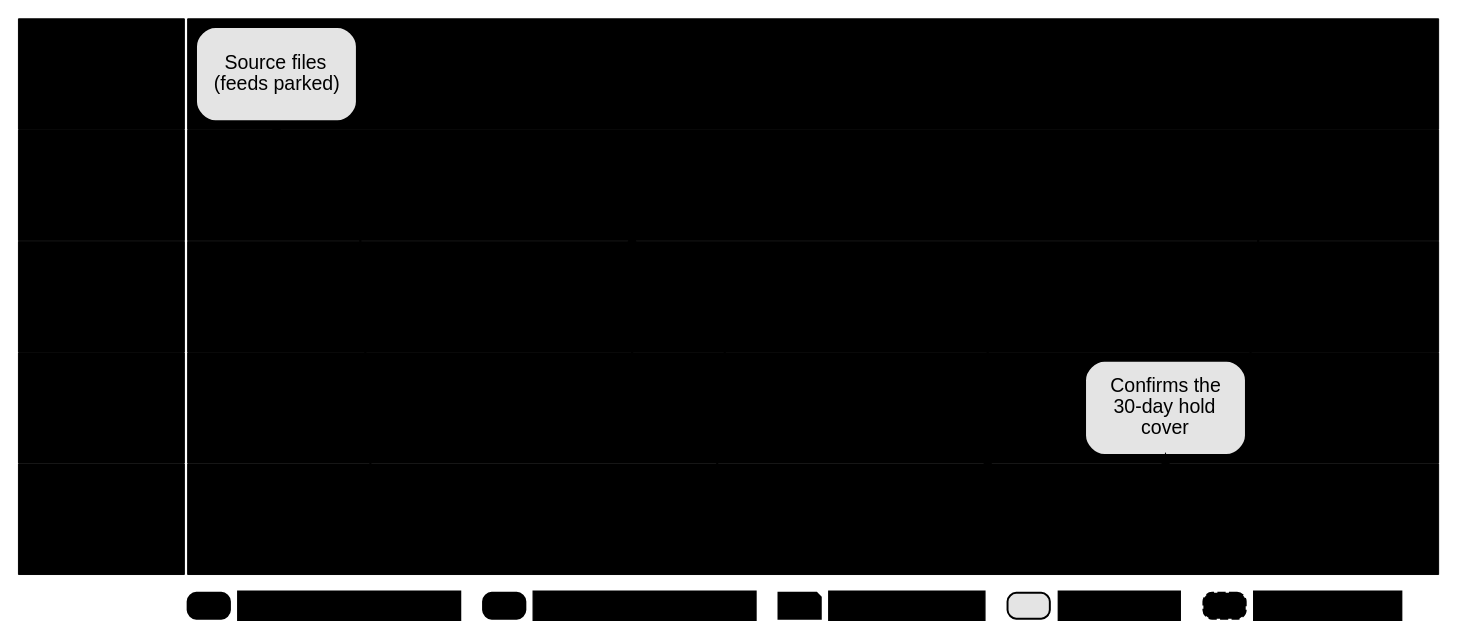
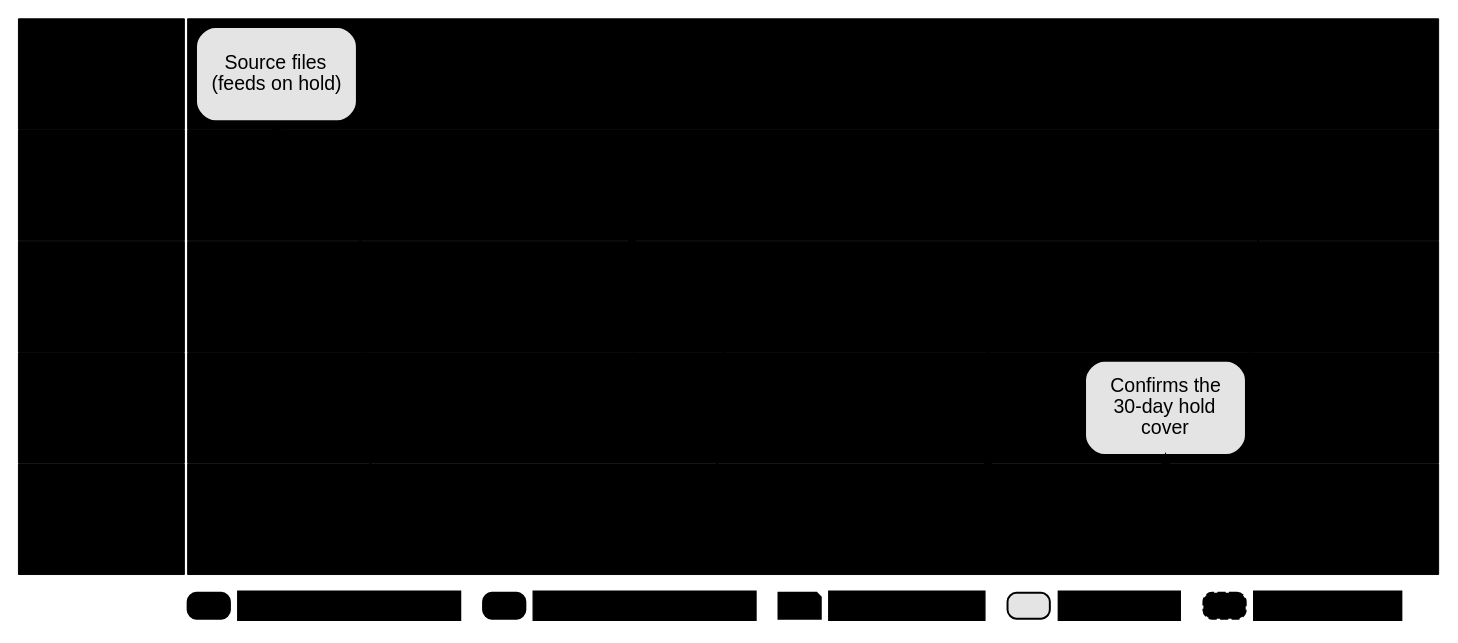
Before and after one commit to IortaTexhNXT-DEV/FinVerse: the diagram in docs/deliverables/src/decks/figures/brd12_envisioned.dot, drawn with Graphviz. The commit also changed 25 other files, not shown here.

Commit message:
Use 'on hold' instead of 'parked' in client documents and rebuild the change register, discrepancy register and process deck

```diff
--- a/docs/deliverables/src/decks/figures/brd12_envisioned.dot
+++ b/docs/deliverables/src/decks/figures/brd12_envisioned.dot
@@ -1,52 +1,52 @@
 // BRD-12 Submitted Policies: envisioned swimlane in BIBS. Submitted Policies in BIBS: workflow SBM_POLICY and the Renewal hand-off (FRS BRD-12 section 2.2; decision D2)
 // Generated by docs/deliverables/src/decks/build_process_deck.py from the YAML in
 // process_deck/; edit the YAML and rebuild. Colour tokens are replaced at render time.
 digraph brd12_envisioned {
   graph [layout=neato, inputscale=72, splines=line, overlap=true, outputorder=nodesfirst, bgcolor="white", pad=0.05, fontname="Arial"];
   node [fontname="Arial"];
   edge [fontname="Arial"];
   c0 [pos="0,0!", shape=point, width=0.01, style=invis];
   c1 [pos="873.0,372.0!", shape=point, width=0.01, style=invis];
   r1 [pos="488.5,337.8!", shape=box, style="filled", fillcolor="@DIRTY_WHITE", color="@BORDER", penwidth=0.6, width=10.681, height=0.950, fixedsize=true, margin="0.03,0.02", label=""];
   r2 [pos="51.0,337.8!", shape=box, style="filled", fillcolor="@MUTED", color="@WHITE", penwidth=0.6, width=1.417, height=0.950, fixedsize=true, margin="0.03,0.02", label=<<font point-size="11.5" color="@WHITE"><b>Bank units:<br/>LFS, CIU, HLS,<br/>LAMD</b></font>>];
   r3 [pos="488.5,269.4!", shape=box, style="filled", fillcolor="@WHITE", color="@BORDER", penwidth=0.6, width=10.681, height=0.950, fixedsize=true, margin="0.03,0.02", label=""];
   r4 [pos="51.0,269.4!", shape=box, style="filled", fillcolor="@HEADER_BLUE", color="@WHITE", penwidth=0.6, width=1.417, height=0.950, fixedsize=true, margin="0.03,0.02", label=<<font point-size="11.5" color="@WHITE"><b>Handlers (CBG)</b></font>>];
   r5 [pos="488.5,201.0!", shape=box, style="filled", fillcolor="@WHITE", color="@BORDER", penwidth=0.6, width=10.681, height=0.950, fixedsize=true, margin="0.03,0.02", label=""];
   r6 [pos="51.0,201.0!", shape=box, style="filled", fillcolor="@HEADER_BLUE", color="@WHITE", penwidth=0.6, width=1.417, height=0.950, fixedsize=true, margin="0.03,0.02", label=<<font point-size="11.5" color="@WHITE"><b>Policy<br/>Reviewer, AO,<br/>TSU</b></font>>];
   r7 [pos="488.5,132.6!", shape=box, style="filled", fillcolor="@DIRTY_WHITE", color="@BORDER", penwidth=0.6, width=10.681, height=0.950, fixedsize=true, margin="0.03,0.02", label=""];
   r8 [pos="51.0,132.6!", shape=box, style="filled", fillcolor="@MUTED", color="@WHITE", penwidth=0.6, width=1.417, height=0.950, fixedsize=true, margin="0.03,0.02", label=<<font point-size="11.5" color="@WHITE"><b>Insurers</b></font>>];
   r9 [pos="488.5,64.2!", shape=box, style="filled", fillcolor="@BG_BLUE", color="@BORDER", penwidth=0.6, width=10.681, height=0.950, fixedsize=true, margin="0.03,0.02", label=""];
   r10 [pos="51.0,64.2!", shape=box, style="filled", fillcolor="@CTA_BLUE", color="@WHITE", penwidth=0.6, width=1.417, height=0.950, fixedsize=true, margin="0.03,0.02", label=<<font point-size="11.5" color="@WHITE"><b>BIBS<br/>(automatic)</b></font>>];
-  b1 [pos="158.6,337.8!", shape=box, style="rounded,filled", fillcolor="#E4E4E4", color="@MUTED", penwidth=1.3, width=1.379, height=0.811, fixedsize=true, margin="0.03,0.02", label=<<font point-size="12" color="@NEAR_BLACK">Source files<br/>(feeds parked)</font>>];
+  b1 [pos="158.6,337.8!", shape=box, style="rounded,filled", fillcolor="#E4E4E4", color="@MUTED", penwidth=1.3, width=1.379, height=0.811, fixedsize=true, margin="0.03,0.02", label=<<font point-size="12" color="@NEAR_BLACK">Source files<br/>(feeds on hold)</font>>];
   b2 [pos="158.6,269.4!", shape=box, style="rounded,filled", fillcolor="@BG_BLUE", color="@CTA_BLUE", penwidth=1.3, width=1.379, height=0.811, fixedsize=true, margin="0.03,0.02", label=<<font point-size="11.0" color="@NEAR_BLACK">Upload;<br/>extracted fields<br/>confirmed</font>>];
   b3 [pos="267.9,64.2!", shape=box, style="rounded,filled", fillcolor="@CTA_BLUE", color="@CTA_BLUE", penwidth=1.3, width=1.379, height=0.811, fixedsize=true, margin="0.03,0.02", label=<<font point-size="12" color="@WHITE"><b>One<br/>masterlist<br/>with history</b></font>>];
   b4 [pos="377.2,64.2!", shape=box, style="rounded,filled", fillcolor="@CTA_BLUE", color="@CTA_BLUE", penwidth=1.3, width=1.379, height=0.811, fixedsize=true, margin="0.03,0.02", label=<<font point-size="12" color="@WHITE"><b>Sanitise,<br/>match,<br/>classify</b></font>>];
   b5 [pos="377.2,269.4!", shape=box, style="rounded,filled", fillcolor="@BG_BLUE", color="@CTA_BLUE", penwidth=1.3, width=1.379, height=0.811, fixedsize=true, margin="0.03,0.02", label=<<font point-size="12" color="@NEAR_BLACK">Fallout<br/>resolved with<br/>reason codes</font>>];
   b6 [pos="486.5,201.0!", shape=box, style="rounded,filled", fillcolor="@BG_BLUE", color="@CTA_BLUE", penwidth=1.3, width=1.379, height=0.811, fixedsize=true, margin="0.03,0.02", label=<<font point-size="12" color="@NEAR_BLACK">Review; IAAF by<br/>approval matrix</font>>];
   b7 [pos="595.8,201.0!", shape=box, style="rounded,filled", fillcolor="@BG_BLUE", color="@CTA_BLUE", penwidth=1.3, width=1.379, height=0.811, fixedsize=true, margin="0.03,0.02", label=<<font point-size="12" color="@NEAR_BLACK">Limit breach:<br/>TOR via TSU<br/>matrix</font>>];
   b8 [pos="595.8,64.2!", shape=box, style="rounded,filled", fillcolor="@CTA_BLUE", color="@CTA_BLUE", penwidth=1.3, width=1.379, height=0.811, fixedsize=true, margin="0.03,0.02", label=<<font point-size="12" color="@WHITE"><b>Expiry scan;<br/>hand-off to<br/>Renewal</b></font>>];
   b9 [pos="705.1,64.2!", shape=note, style="filled", fillcolor="@WHITE", color="@CTA_BLUE", penwidth=1.3, width=1.379, height=0.811, fixedsize=true, margin="0.03,0.02", label=<<font point-size="12" color="@NEAR_BLACK">Renewal:<br/>account, hold<br/>cover, RA</font>>];
   b10 [pos="705.1,132.6!", shape=box, style="rounded,filled", fillcolor="#E4E4E4", color="@MUTED", penwidth=1.3, width=1.379, height=0.811, fixedsize=true, margin="0.03,0.02", label=<<font point-size="12" color="@NEAR_BLACK">Confirms the<br/>30-day hold<br/>cover</font>>];
   b11 [pos="814.4,269.4!", shape=box, style="rounded,filled", fillcolor="@BG_BLUE", color="@CTA_BLUE", penwidth=1.3, width=1.379, height=0.811, fixedsize=true, margin="0.03,0.02", label=<<font point-size="12" color="@NEAR_BLACK">Reports,<br/>alerts; BOOKED<br/>shown</font>>];
   b12 [pos="814.4,64.2!", shape=box, style="rounded,filled", fillcolor="@CTA_BLUE", color="@CTA_BLUE", penwidth=1.3, width=1.379, height=0.811, fixedsize=true, margin="0.03,0.02", label=<<font point-size="12" color="@WHITE"><b>Handling fee<br/>tagged by PN</b></font>>];
   r11 [pos="117.0,11.0!", shape=box, style="rounded,filled", fillcolor="@BG_BLUE", color="@CTA_BLUE", penwidth=1.2, width=0.361, height=0.222, fixedsize=true, margin="0.03,0.02", label=""];
   r12 [pos="203.3,11.0!", shape=box, style="filled", fillcolor="@WHITE", color="@WHITE", penwidth=0.8, width=1.897, height=0.250, fixedsize=true, margin="0.03,0.02", label=<<font point-size="10.5" color="@TEXT">BDOI user on a BIBS screen</font>>];
   r13 [pos="298.6,11.0!", shape=box, style="rounded,filled", fillcolor="@CTA_BLUE", color="@CTA_BLUE", penwidth=1.2, width=0.361, height=0.222, fixedsize=true, margin="0.03,0.02", label=""];
   r14 [pos="384.9,11.0!", shape=box, style="filled", fillcolor="@WHITE", color="@WHITE", penwidth=0.8, width=1.897, height=0.250, fixedsize=true, margin="0.03,0.02", label=<<font point-size="10.5" color="@TEXT">BIBS does it automatically</font>>];
   r15 [pos="480.2,11.0!", shape=note, style="filled", fillcolor="@WHITE", color="@CTA_BLUE", penwidth=1.2, width=0.361, height=0.222, fixedsize=true, margin="0.03,0.02", label=""];
   r16 [pos="546.1,11.0!", shape=box, style="filled", fillcolor="@WHITE", color="@WHITE", penwidth=0.8, width=1.331, height=0.250, fixedsize=true, margin="0.03,0.02", label=<<font point-size="10.5" color="@TEXT">Document or notice</font>>];
   r17 [pos="621.0,11.0!", shape=box, style="rounded,filled", fillcolor="#E4E4E4", color="@MUTED", penwidth=1.2, width=0.361, height=0.222, fixedsize=true, margin="0.03,0.02", label=""];
   r18 [pos="676.7,11.0!", shape=box, style="filled", fillcolor="@WHITE", color="@WHITE", penwidth=0.8, width=1.047, height=0.250, fixedsize=true, margin="0.03,0.02", label=<<font point-size="10.5" color="@TEXT">External party</font>>];
   r19 [pos="741.4,11.0!", shape=box, style="rounded,filled,dashed", fillcolor="@WHITE", color="@MUTED", penwidth=1.2, width=0.361, height=0.222, fixedsize=true, margin="0.03,0.02", label=""];
   r20 [pos="804.8,11.0!", shape=box, style="filled", fillcolor="@WHITE", color="@WHITE", penwidth=0.8, width=1.260, height=0.250, fixedsize=true, margin="0.03,0.02", label=<<font point-size="10.5" color="@TEXT">Interface on hold</font>>];
   b1 -> b2 [color="@MUTED", style=dashed, penwidth=1.3, arrowsize=0.7, tailport=s, headport=n];
   b2 -> b3 [color="@HEADER_BLUE", style=solid, penwidth=1.3, arrowsize=0.7, tailport=e, headport=w];
   b3 -> b4 [color="@HEADER_BLUE", style=solid, penwidth=1.3, arrowsize=0.7, tailport=e, headport=w];
   b4 -> b5 [color="@MUTED", style=dashed, penwidth=1.3, arrowsize=0.7, tailport=n, headport=s, label=<<font point-size="10" color="@MUTED">fallout</font>>];
   b4 -> b6 [color="@HEADER_BLUE", style=solid, penwidth=1.3, arrowsize=0.7, tailport=e, headport=w];
   b6 -> b7 [color="@HEADER_BLUE", style=solid, penwidth=1.3, arrowsize=0.7, tailport=e, headport=w];
   b7 -> b8 [color="@HEADER_BLUE", style=solid, penwidth=1.3, arrowsize=0.7, tailport=s, headport=n];
   b8 -> b9 [color="@HEADER_BLUE", style=solid, penwidth=1.3, arrowsize=0.7, tailport=e, headport=w];
   b9 -> b10 [color="@MUTED", style=dashed, penwidth=1.3, arrowsize=0.7, tailport=n, headport=s];
   b10 -> b11 [color="@HEADER_BLUE", style=solid, penwidth=1.3, arrowsize=0.7, tailport=e, headport=w];
 }
```
